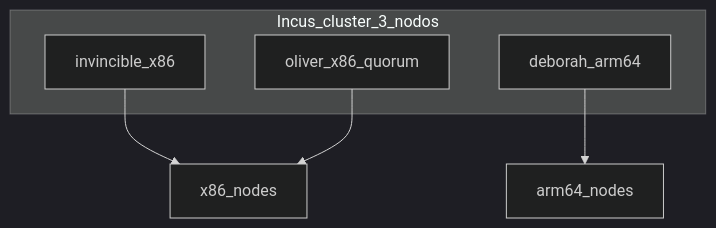
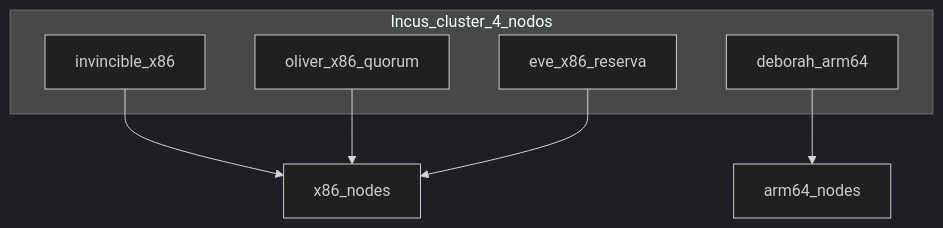
Before and after one commit to maceosoft/homelab: the diagram in docs/implementacion/fase-2-incus.en.md, drawn with Mermaid (dark theme). The commit also changed other lines of this file and 161 other files, not shown here.

````diff
--- a/docs/implementacion/fase-2-incus.en.md
+++ b/docs/implementacion/fase-2-incus.en.md
@@ -47,11 +49,13 @@
 ```mermaid
 flowchart TB
-  subgraph cluster [Incus_cluster_3_nodos]
+  subgraph cluster [Incus_cluster_4_nodos]
     INV[invincible_x86]
     NOL[oliver_x86_quorum]
     DEB[deborah_arm64]
+    EVE[eve_x86_reserva]
   end
   INV --> CGx86[x86_nodes]
   DEB --> CGarm[arm64_nodes]
   NOL --> CGx86
+  EVE --> CGx86
 ```
````
